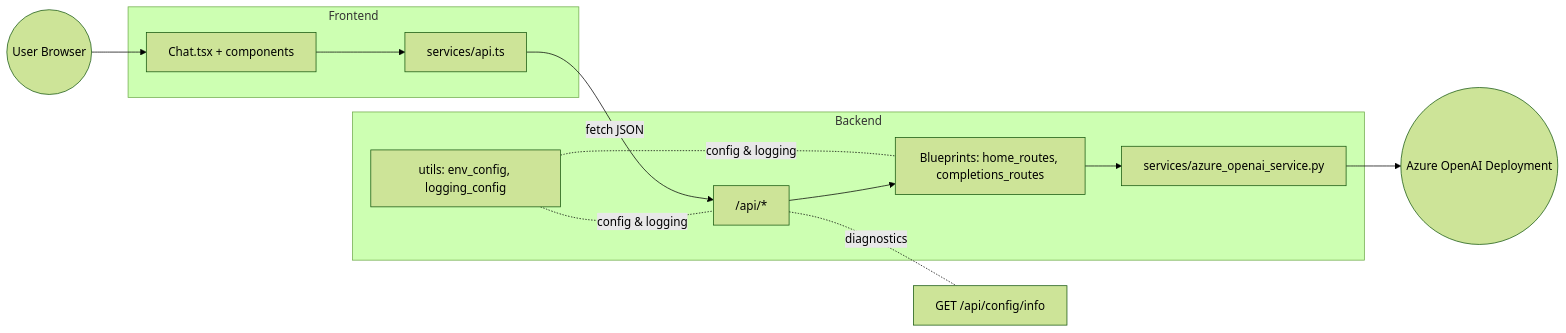
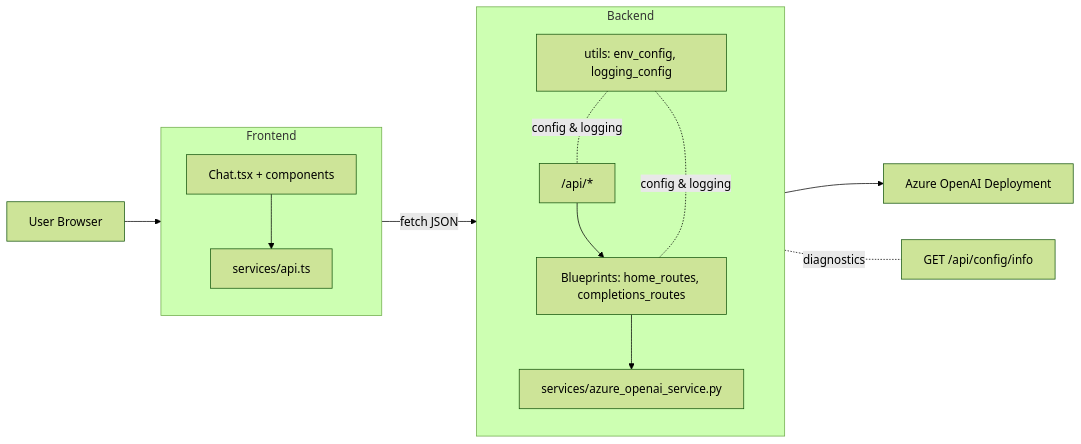
Before and after one commit to Swamy-s-Tech-Skills-Academy-AI-ML-Data/flask-react-aoai-completions: the second of 2 diagrams in README.md, drawn with Mermaid (forest theme).

Commit message:
Refactor Mermaid diagram in README.md for improved structure and clarity

````diff
--- a/README.md
+++ b/README.md
@@ -118,26 +118,27 @@
 ```mermaid
 flowchart LR
   %% Frontend
   subgraph Frontend
+    direction TB
     UI["Chat.tsx + components"]
     APIClient["services/api.ts"]
     UI --> APIClient
   end
 
   %% Backend
   subgraph Backend
+    direction TB
     Gateway["/api/*"]
     Routes["Blueprints: home_routes, completions_routes"]
     Service["services/azure_openai_service.py"]
     Utils["utils: env_config, logging_config"]
     Gateway --> Routes --> Service
     Utils -. "config & logging" .- Gateway
     Utils -. "config & logging" .- Routes
   end
 
-  %% Edges to external services
-  Browser(("User Browser")) --> UI
+  Browser["User Browser"] --> UI
   APIClient -- "fetch JSON" --> Gateway
-  Service --> Azure(("Azure OpenAI Deployment"))
+  Service --> Azure["Azure OpenAI Deployment"]
   Gateway -. diagnostics .- ConfigInfo["GET /api/config/info"]
 ```
````
